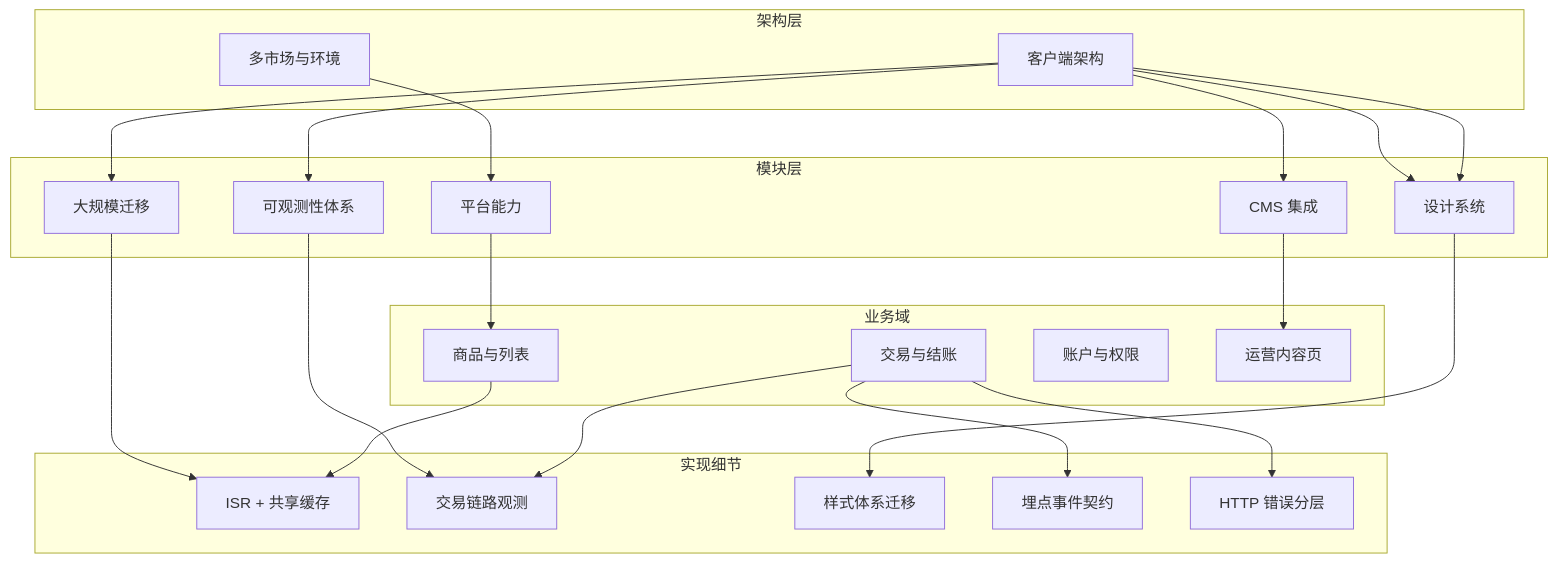
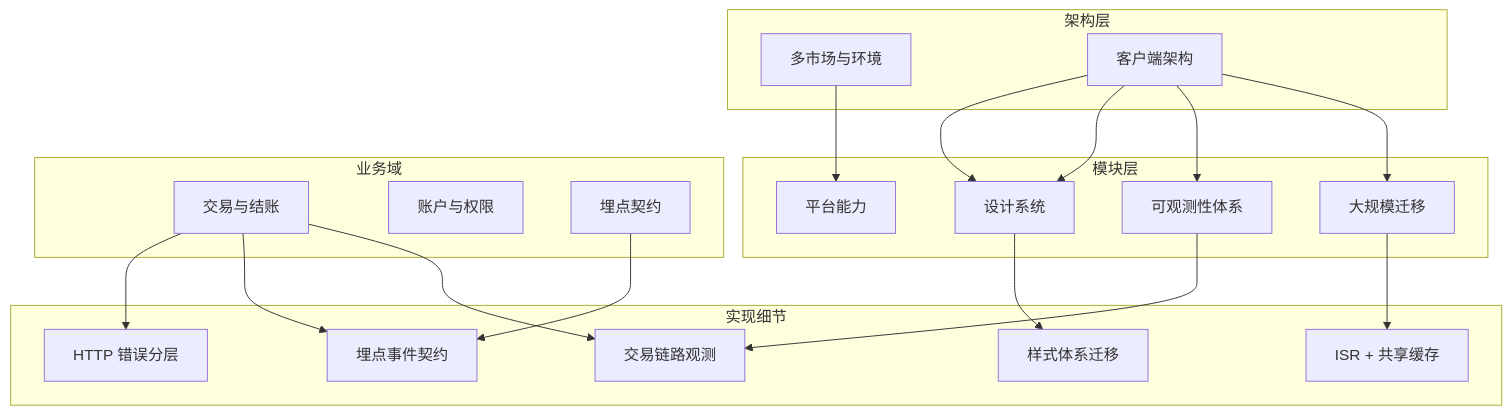
One commit to Lee-NG915/cBlog changed the diagram in content/posts/technical/2026/ecommerce-knowledge-map/index.md. Above: the diagram before and after it, drawn with Mermaid. The commit also changed other lines of this file and 28 other files, not shown here.

````diff
--- a/content/posts/technical/2026/ecommerce-knowledge-map/index.md
+++ b/content/posts/technical/2026/ecommerce-knowledge-map/index.md
@@ -83,37 +83,33 @@
 ```mermaid
 flowchart TB
   subgraph L1["架构层"]
     A2[多市场与环境]
     A3[客户端架构]
   end
   subgraph L2["模块层"]
     M1[大规模迁移]
-    M2[CMS 集成]
     M3[平台能力]
     M4[可观测性体系]
     M5[设计系统]
   end
   subgraph L3["业务域"]
-    B1[商品与列表]
     B2[交易与结账]
     B3[账户与权限]
-    B4[运营内容页]
+    B5[埋点契约]
   end
   subgraph L4["实现细节"]
     I1[ISR + 共享缓存]
     I2[交易链路观测]
     I3[样式体系迁移]
     I4[埋点事件契约]
     I5[HTTP 错误分层]
   end
-  A3 --> M1 & M2 & M4 & M5
+  A3 --> M1 & M4 & M5
   A2 --> M3
   A3 --> M5
   M1 --> I1
-  M2 --> B4
-  M3 --> B1
   M4 --> I2
   M5 --> I3
-  B1 --> I1
   B2 --> I2 & I4 & I5
+  B5 --> I4
 ```
````
